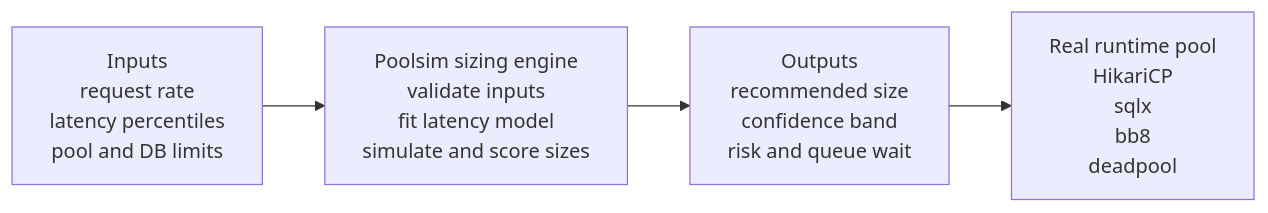
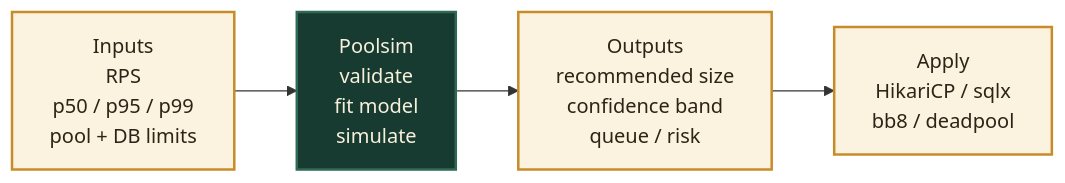
Before and after one commit to gregorian-09/poolsim: the diagram in README.md, drawn with Mermaid.

Commit message:
docs(readme): refine mermaid workflow styling

````diff
--- a/README.md
+++ b/README.md
@@ -70,11 +70,16 @@
 ```mermaid
 flowchart LR
-    A[Inputs<br/>request rate<br/>latency percentiles<br/>pool and DB limits]
-    B[Poolsim sizing engine<br/>validate inputs<br/>fit latency model<br/>simulate and score sizes]
-    C[Outputs<br/>recommended size<br/>confidence band<br/>risk and queue wait]
-    D[Real runtime pool<br/>HikariCP<br/>sqlx<br/>bb8<br/>deadpool]
+    A["Inputs<br/>RPS<br/>p50 / p95 / p99<br/>pool + DB limits"]
+    B["Poolsim<br/>validate<br/>fit model<br/>simulate"]
+    C["Outputs<br/>recommended size<br/>confidence band<br/>queue / risk"]
+    D["Apply<br/>HikariCP / sqlx<br/>bb8 / deadpool"]
 
     A --> B
     B --> C
     C --> D
+
+    classDef io fill:#fbf2df,stroke:#c78c28,stroke-width:2px,color:#2d2417;
+    classDef engine fill:#173b30,stroke:#2f6953,stroke-width:2px,color:#f8f0dc;
+    class A,C,D io;
+    class B engine;
 ```
````
